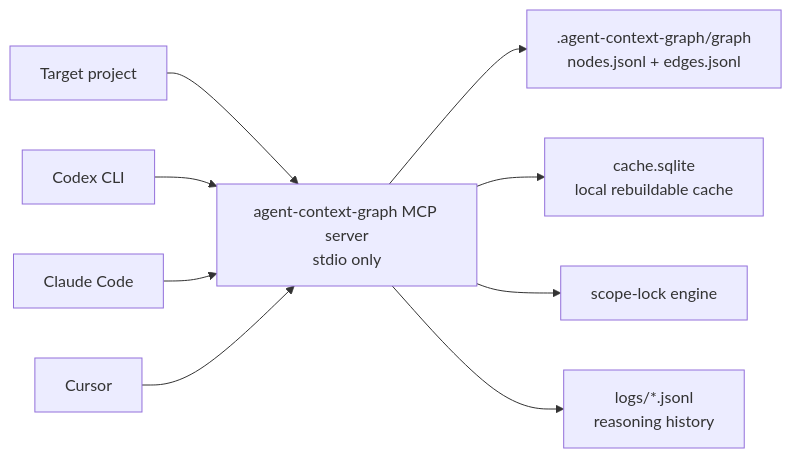
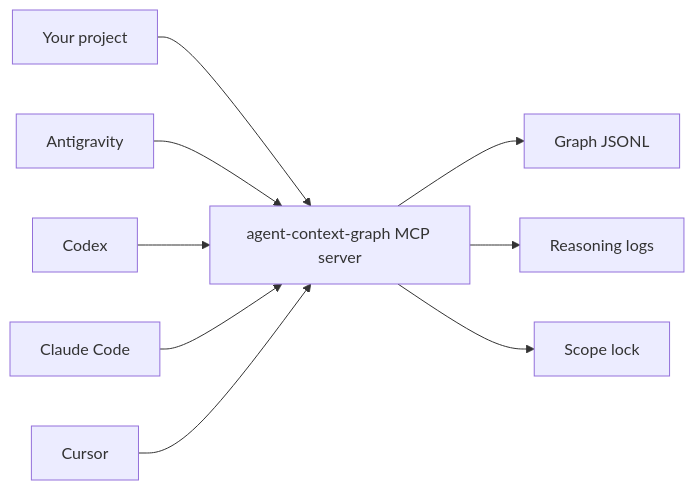
One commit to Raviraj2024/Agent-Context-Graph changed the diagram in README.md. Above: the diagram before and after it, drawn with Mermaid. The commit also changed other lines of this file and 2 other files, not shown here.

Commit message:
Corrected Antigravity Connection

````diff
--- a/README.md
+++ b/README.md
@@ -7,11 +14,11 @@
 ```mermaid
 flowchart LR
-  Project["Target project"] --> MCP["agent-context-graph MCP server<br/>stdio only"]
-  Codex["Codex CLI"] --> MCP
+  App["Your project"] --> MCP["agent-context-graph MCP server"]
+  Antigravity["Antigravity"] --> MCP
+  Codex["Codex"] --> MCP
   Claude["Claude Code"] --> MCP
   Cursor["Cursor"] --> MCP
-  MCP --> Graph[".agent-context-graph/graph<br/>nodes.jsonl + edges.jsonl"]
-  MCP --> Cache["cache.sqlite<br/>local rebuildable cache"]
-  MCP --> Scope["scope-lock engine"]
-  MCP --> Logs["logs/*.jsonl<br/>reasoning history"]
+  MCP --> Graph["Graph JSONL"]
+  MCP --> Logs["Reasoning logs"]
+  MCP --> Scope["Scope lock"]
 ```
````
